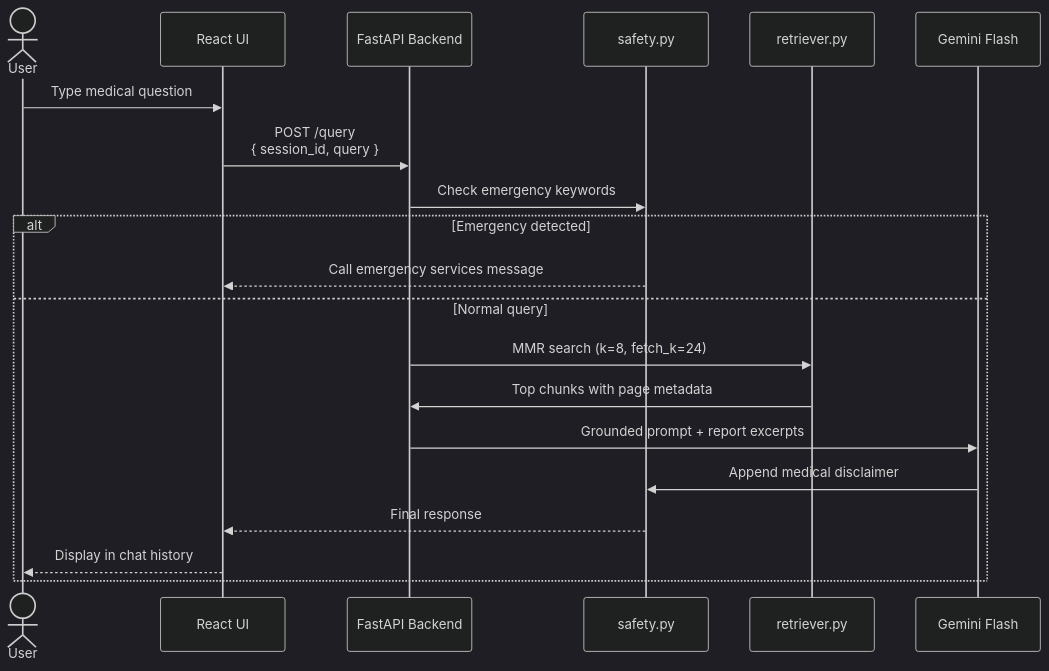
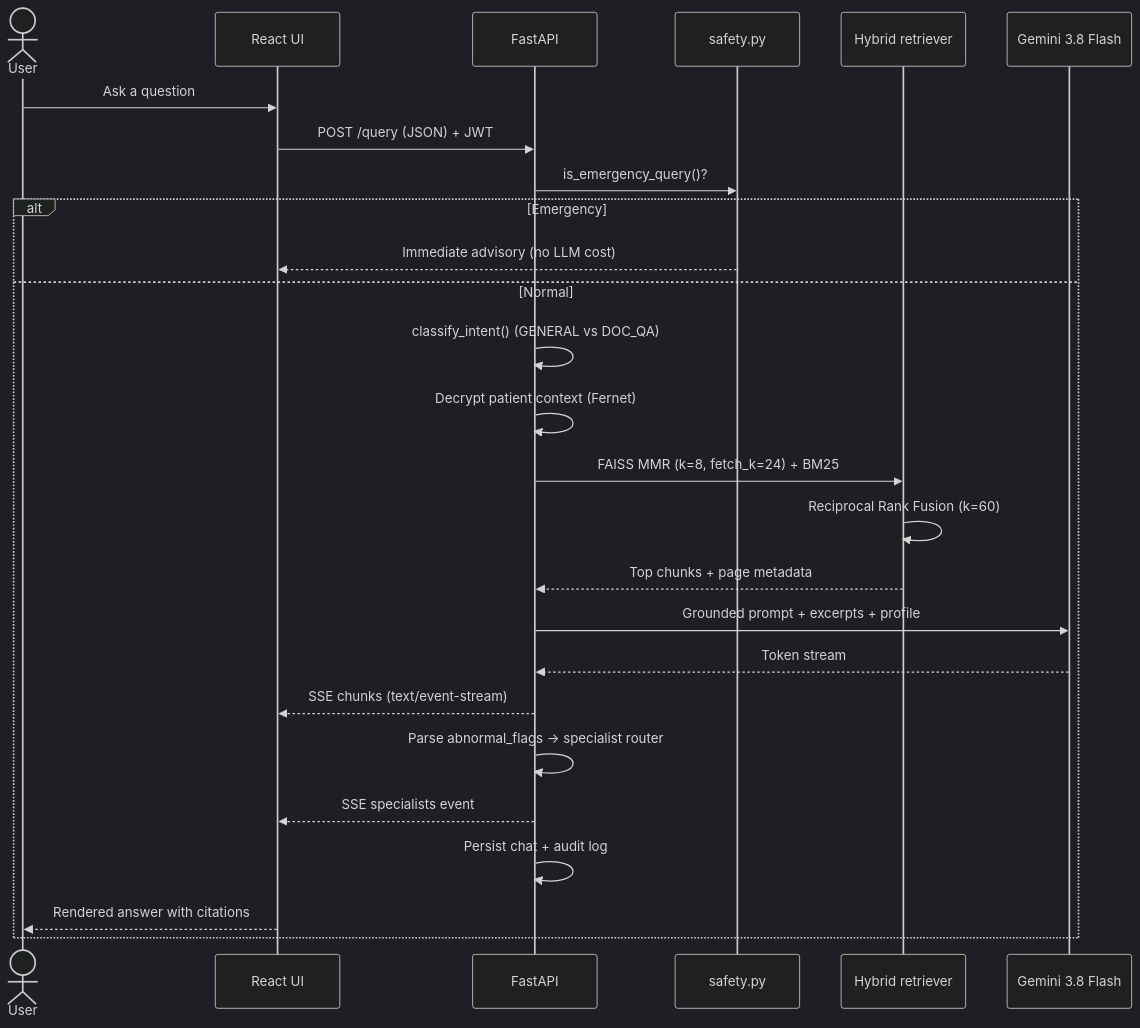
The third of 3 diagrams in README.md (AdityaSharma2k04/MediSkye), drawn with Mermaid (dark theme) before and after one commit. The commit also changed other lines of this file, not shown here.

````diff
--- a/README.md
+++ b/README.md
@@ -139,24 +174,29 @@
 ```mermaid
 sequenceDiagram
     actor User
-    participant ST as React UI
-    participant API as FastAPI Backend
+    participant UI as React UI
+    participant API as FastAPI
     participant Safe as safety.py
-    participant Ret as retriever.py
-    participant LLM as Gemini Flash
+    participant Ret as Hybrid retriever
+    participant LLM as Gemini 3.8 Flash
 
-    User->>ST: Type medical question
-    ST->>API: POST /query<br/>{ session_id, query }
-
-    API->>Safe: Check emergency keywords
-    alt Emergency detected
-        Safe-->>ST: Call emergency services message
-    else Normal query
-        API->>Ret: MMR search (k=8, fetch_k=24)
-        Ret->>API: Top chunks with page metadata
-        API->>LLM: Grounded prompt + report excerpts
-        LLM->>Safe: Append medical disclaimer
-        Safe-->>ST: Final response
-        ST-->>User: Display in chat history
+    User->>UI: Ask a question
+    UI->>API: POST /query (JSON) + JWT
+    API->>Safe: is_emergency_query()?
+    alt Emergency
+        Safe-->>UI: Immediate advisory (no LLM cost)
+    else Normal
+        API->>API: classify_intent() (GENERAL vs DOC_QA)
+        API->>API: Decrypt patient context (Fernet)
+        API->>Ret: FAISS MMR (k=8, fetch_k=24) + BM25
+        Ret->>Ret: Reciprocal Rank Fusion (k=60)
+        Ret-->>API: Top chunks + page metadata
+        API->>LLM: Grounded prompt + excerpts + profile
+        LLM-->>API: Token stream
+        API-->>UI: SSE chunks (text/event-stream)
+        API->>API: Parse abnormal_flags → specialist router
+        API-->>UI: SSE specialists event
+        API->>API: Persist chat + audit log
+        UI-->>User: Rendered answer with citations
     end
 ```
````
